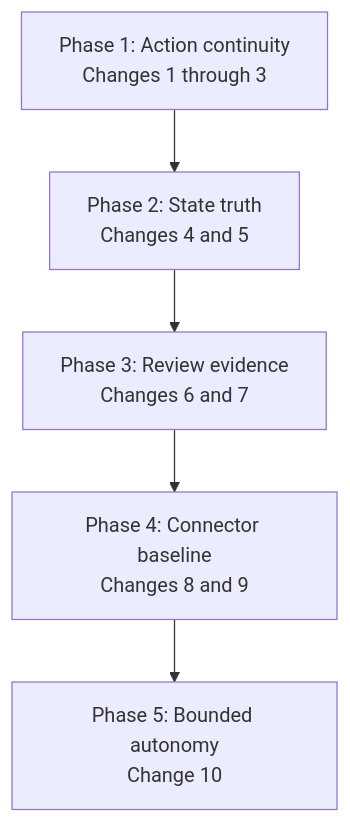
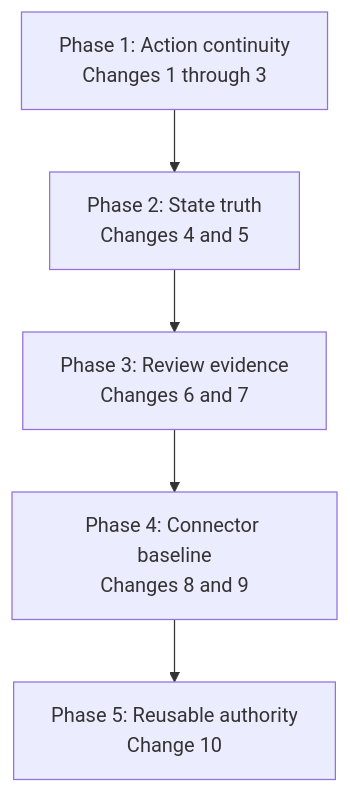
The third of 26 diagrams in docs/superpowers/plans/2026-08-08-noema-practical-reliability-roadmap.md (kpsuperplane/Noema), drawn with Mermaid before and after one commit. The commit also changed other lines of this file, not shown here.

Commit message:
docs: generalize schema and action authority roadmap

````diff
--- a/docs/superpowers/plans/2026-08-08-noema-practical-reliability-roadmap.md
+++ b/docs/superpowers/plans/2026-08-08-noema-practical-reliability-roadmap.md
@@ -123,10 +123,10 @@
 ```mermaid
 flowchart TD
     P1["Phase 1: Action continuity<br/>Changes 1 through 3"]
     P2["Phase 2: State truth<br/>Changes 4 and 5"]
     P3["Phase 3: Review evidence<br/>Changes 6 and 7"]
     P4["Phase 4: Connector baseline<br/>Changes 8 and 9"]
-    P5["Phase 5: Bounded autonomy<br/>Change 10"]
+    P5["Phase 5: Reusable authority<br/>Change 10"]
 
     P1 --> P2 --> P3 --> P4 --> P5
 ```
````
